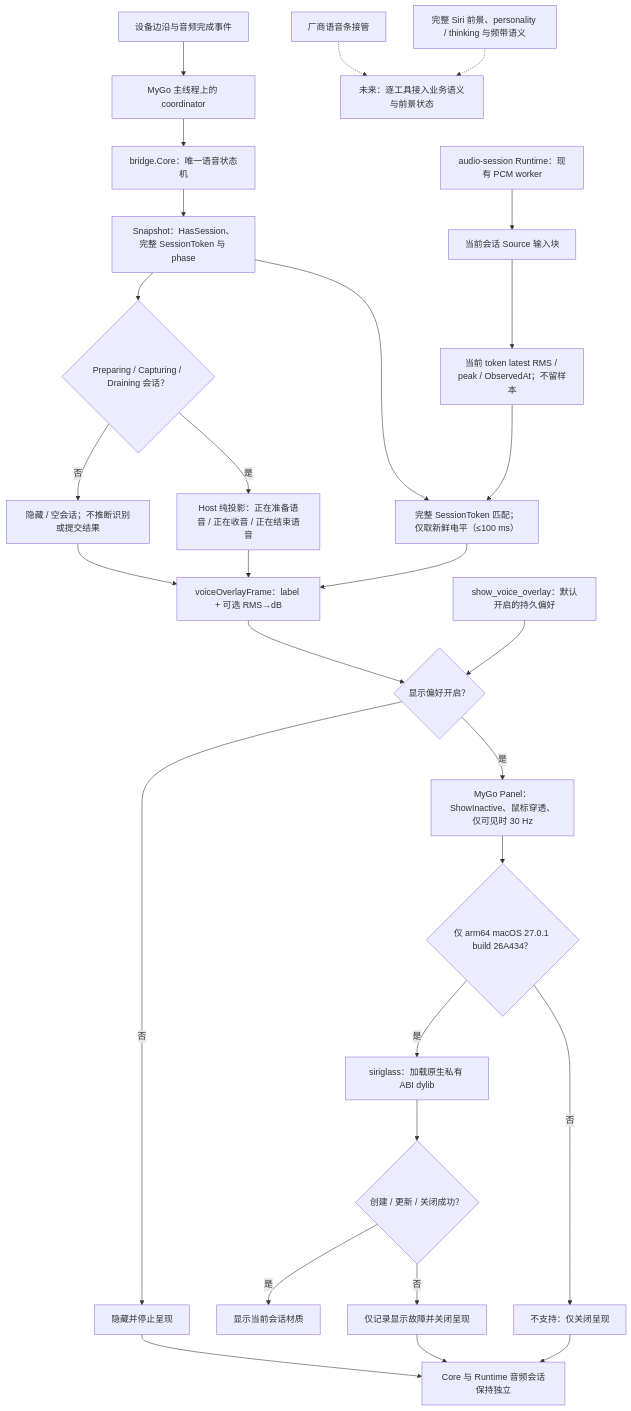
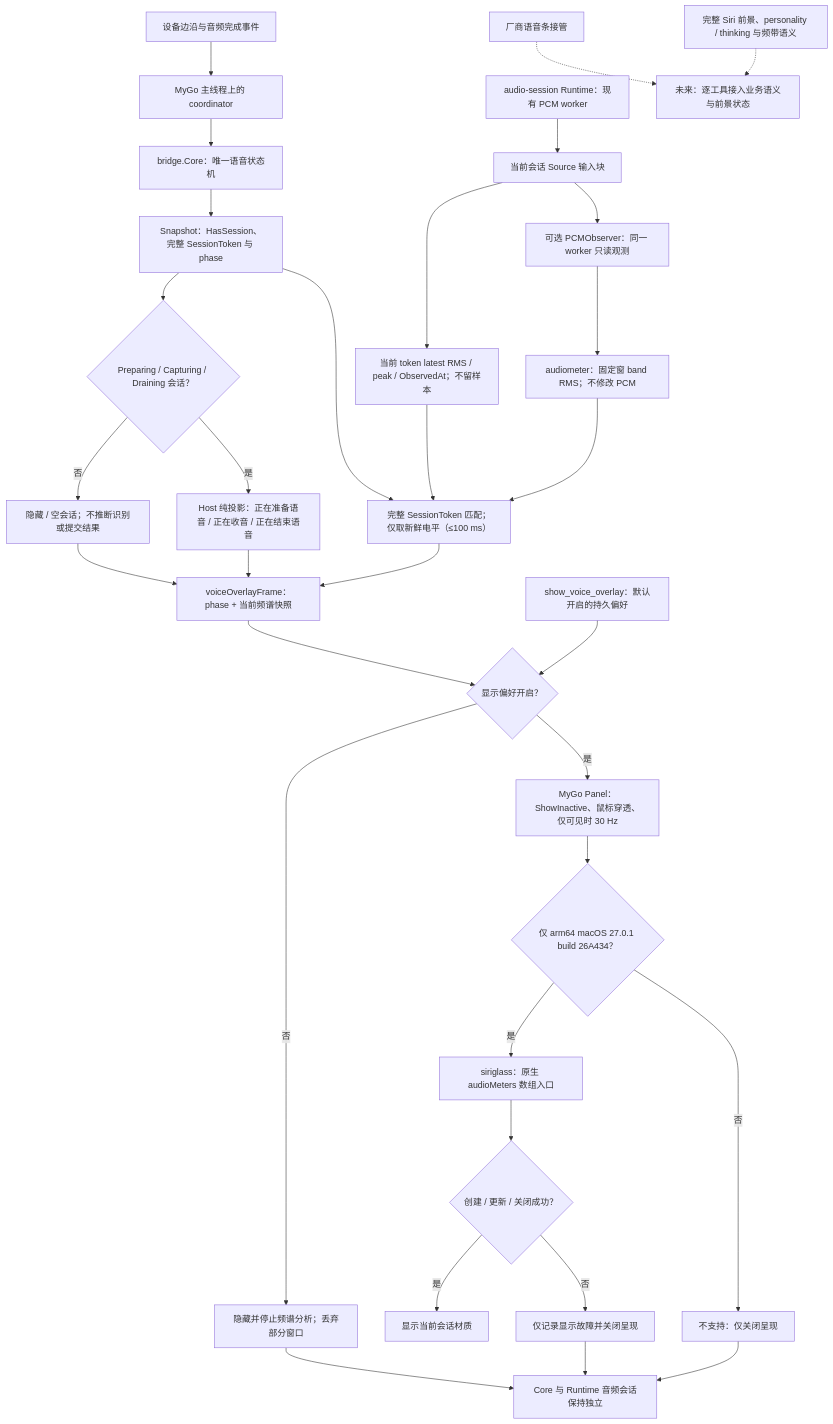
The diagram in tools/workbench/diagrams/voice-presentation-boundary.mmd (daftAI2026/MiMac), drawn with Mermaid before and after one commit. The commit also changed 6 other files, not shown here.

```diff
--- a/tools/workbench/diagrams/voice-presentation-boundary.mmd
+++ b/tools/workbench/diagrams/voice-presentation-boundary.mmd
@@ -1,32 +1,35 @@
 flowchart TD
     input["设备边沿与音频完成事件"] --> owner["MyGo 主线程上的 coordinator"]
     owner --> core["bridge.Core：唯一语音状态机"]
     core --> snapshot["Snapshot：HasSession、完整 SessionToken 与 phase"]
     snapshot --> active{"Preparing / Capturing / Draining 会话？"}
     active -->|否| idle["隐藏 / 空会话；不推断识别或提交结果"]
     active -->|是| phase["Host 纯投影：正在准备语音 / 正在收音 / 正在结束语音"]
 
     runtime["audio-session Runtime：现有 PCM worker"] --> source["当前会话 Source 输入块"]
     source --> meter["当前 token latest RMS / peak / ObservedAt；不留样本"]
+    source --> observer["可选 PCMObserver：同一 worker 只读观测"]
+    observer --> spectrum["audiometer：固定窗 band RMS；不修改 PCM"]
     snapshot --> match["完整 SessionToken 匹配；仅取新鲜电平（≤100 ms）"]
     meter --> match
-    phase --> frame["voiceOverlayFrame：label + 可选 RMS→dB"]
+    spectrum --> match
+    phase --> frame["voiceOverlayFrame：phase + 当前频谱快照"]
     match --> frame
     idle --> frame
 
     preference["show_voice_overlay：默认开启的持久偏好"] --> enabled{"显示偏好开启？"}
     frame --> enabled
-    enabled -->|否| hidden["隐藏并停止呈现"]
+    enabled -->|否| hidden["隐藏并停止频谱分析；丢弃部分窗口"]
     enabled -->|是| panel["MyGo Panel：ShowInactive、鼠标穿透、仅可见时 30 Hz"]
     panel --> gate{"仅 arm64 macOS 27.0.1 build 26A434？"}
-    gate -->|是| renderer["siriglass：加载原生私有 ABI dylib"]
+    gate -->|是| renderer["siriglass：原生 audioMeters 数组入口"]
     gate -->|否| unsupported["不支持：仅关闭呈现"]
     renderer --> operation{"创建 / 更新 / 关闭成功？"}
     operation -->|是| material["显示当前会话材质"]
     operation -->|否| failure["仅记录显示故障并关闭呈现"]
     hidden --> audio["Core 与 Runtime 音频会话保持独立"]
     unsupported --> audio
     failure --> audio
 
     vendor["厂商语音条接管"] -.-> future["未来：逐工具接入业务语义与前景状态"]
     siri["完整 Siri 前景、personality / thinking 与频带语义"] -.-> future
```
